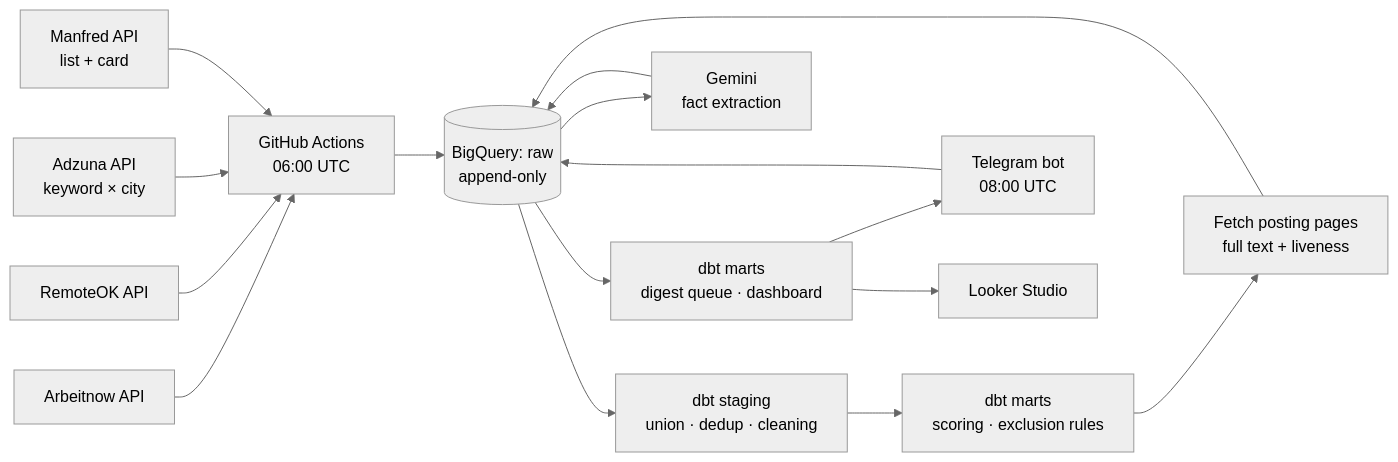
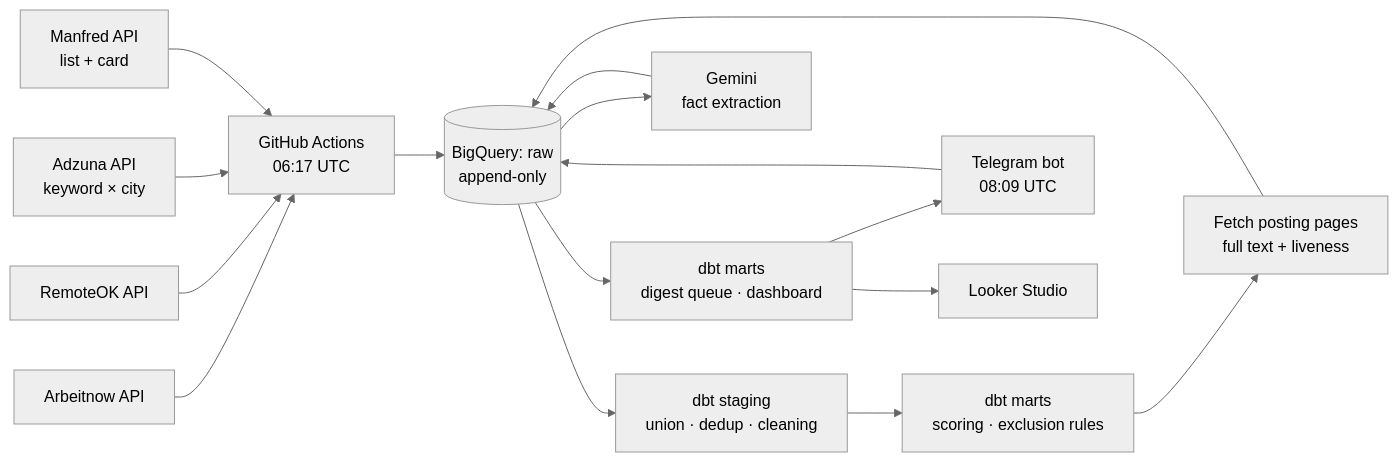
One commit to samsonovanatalia/vacancy-radar changed the diagram in README.md. Above: the diagram before and after it, drawn with Mermaid (neutral theme). The commit also changed other lines of this file and 11 other files, not shown here.

````diff
--- a/README.md
+++ b/README.md
@@ -25,18 +25,18 @@
 ```mermaid
 flowchart LR
-    A1[Arbeitnow API] --> C[GitHub Actions<br/>06:00 UTC]
+    A1[Arbeitnow API] --> C[GitHub Actions<br/>06:17 UTC]
     A2[RemoteOK API] --> C
     A3[Adzuna API<br/>keyword × city] --> C
     A4[Manfred API<br/>list + card] --> C
     C --> R[(BigQuery: raw<br/>append-only)]
     R --> S[dbt staging<br/>union · dedup · cleaning]
     S --> M1[dbt marts<br/>scoring · exclusion rules]
     M1 --> F[Fetch posting pages<br/>full text + liveness]
     F --> R
     R --> E[Gemini<br/>fact extraction]
     E --> R
     R --> M2[dbt marts<br/>digest queue · dashboard]
-    M2 --> T[Telegram bot<br/>08:00 UTC]
+    M2 --> T[Telegram bot<br/>08:09 UTC]
     M2 --> D[Looker Studio]
     T --> R
 ```
````
